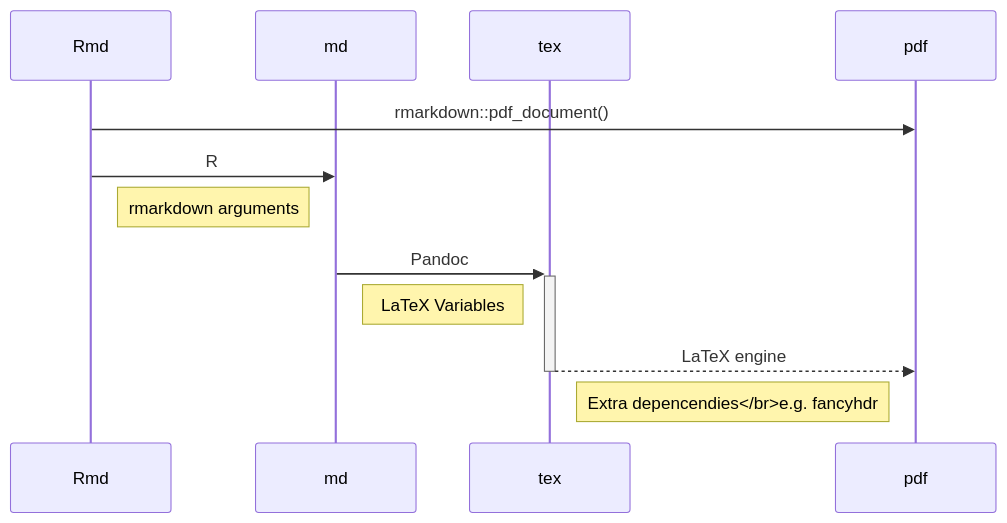
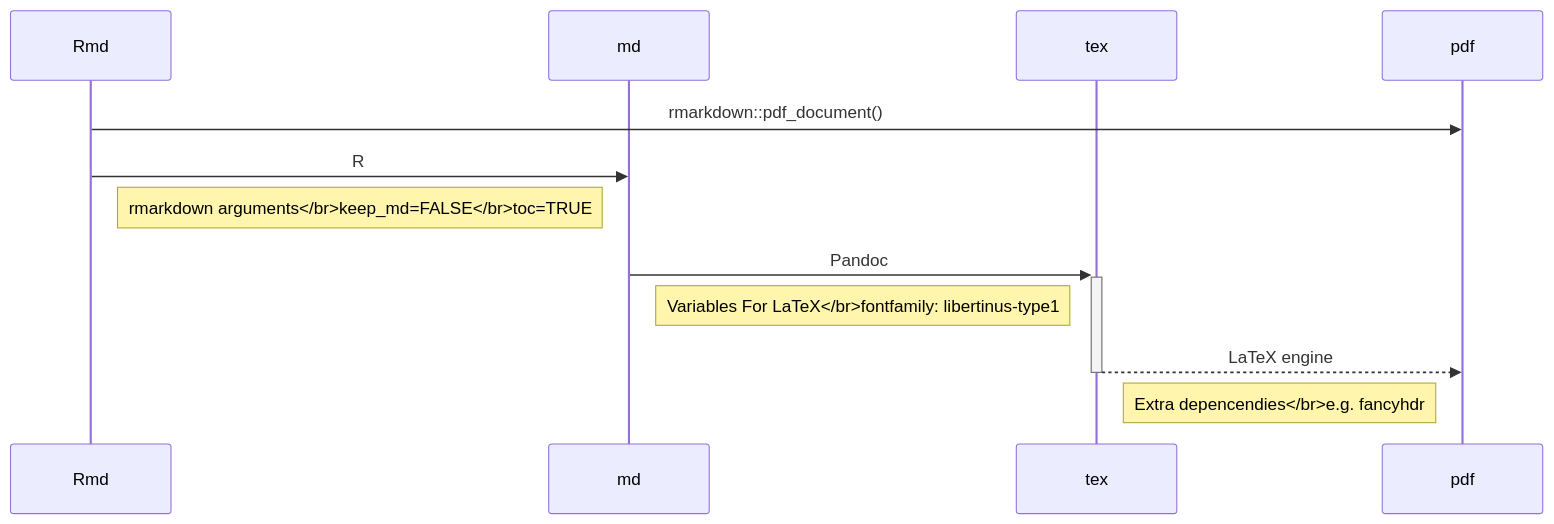
Before and after one commit to FCACollin/guide: the third of 3 diagrams in content/rmd_to_pdf/rmd2pdf_01.md, drawn with Mermaid. The commit also changed other lines of this file and 35 other files, not shown here.

```diff
--- a/content/rmd_to_pdf/rmd2pdf_01.md
+++ b/content/rmd_to_pdf/rmd2pdf_01.md
@@ -199,14 +217,14 @@
 {{<mermaid align="left">}}
 sequenceDiagram
     participant Rmd
     participant md
     participant tex
     participant pdf
     Rmd->>pdf: rmarkdown::pdf_document()
     Rmd->>md: R
-    Note right of Rmd: rmarkdown arguments
+    Note right of Rmd: rmarkdown arguments</br>keep_md=FALSE</br>toc=TRUE
     md->>+tex: Pandoc
-    Note right of md: LaTeX Variables
+    Note right of md: Variables For LaTeX</br>fontfamily: libertinus-type1
     tex-->>-pdf: LaTeX engine
     Note right of tex: Extra depencendies</br>e.g. fancyhdr
 {{< /mermaid >}}
```
